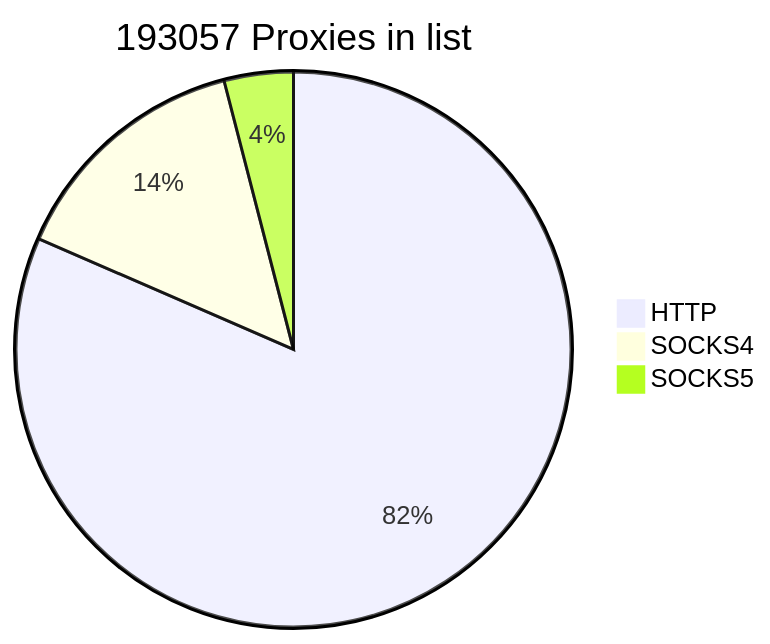
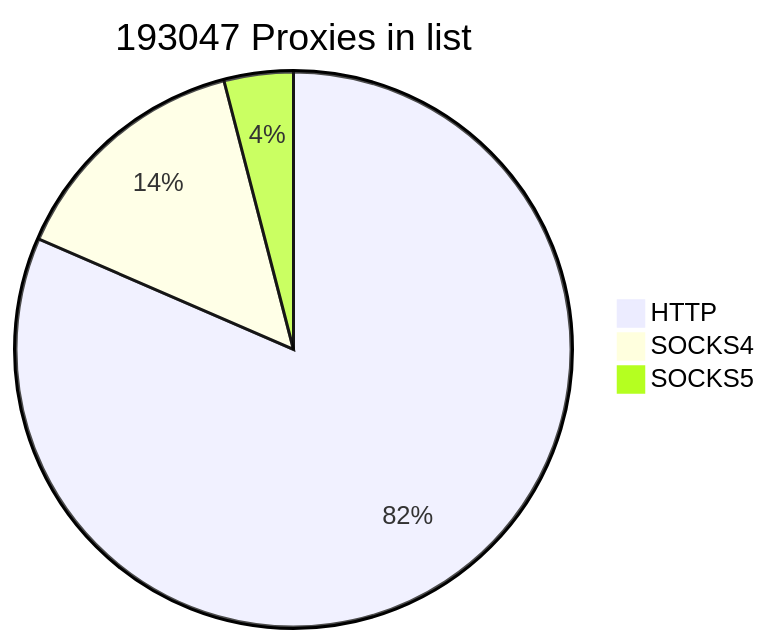
One commit to cutipu/proxylist changed the first of 2 diagrams in README.md. Above: the diagram before and after it, drawn with Mermaid. The commit also changed other lines of this file, not shown here.

````diff
--- a/README.md
+++ b/README.md
@@ -2,7 +2,7 @@
 ```mermaid
-pie title 193057 Proxies in list
-    "HTTP" : 157391
+pie title 193047 Proxies in list
+    "HTTP" : 157368
     "SOCKS4" : 27900
-    "SOCKS5" : 7766
+    "SOCKS5" : 7779
             
 ```
````
